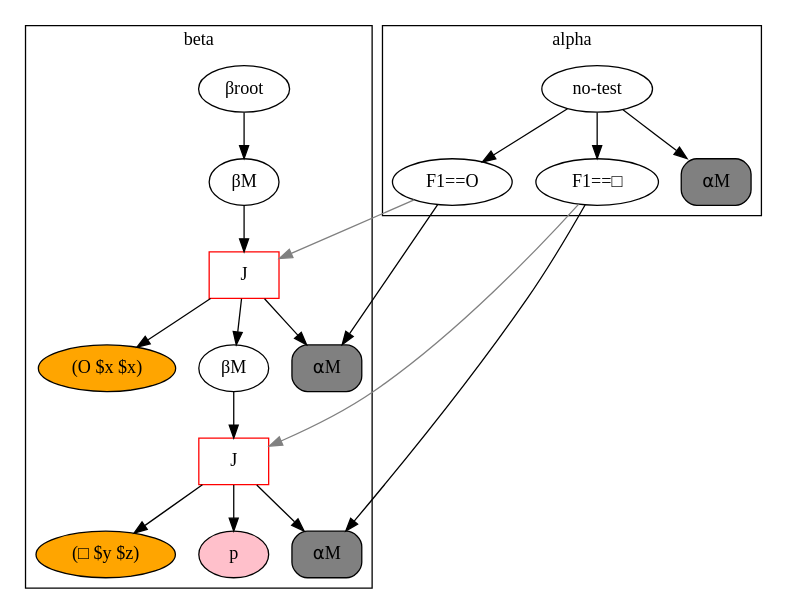
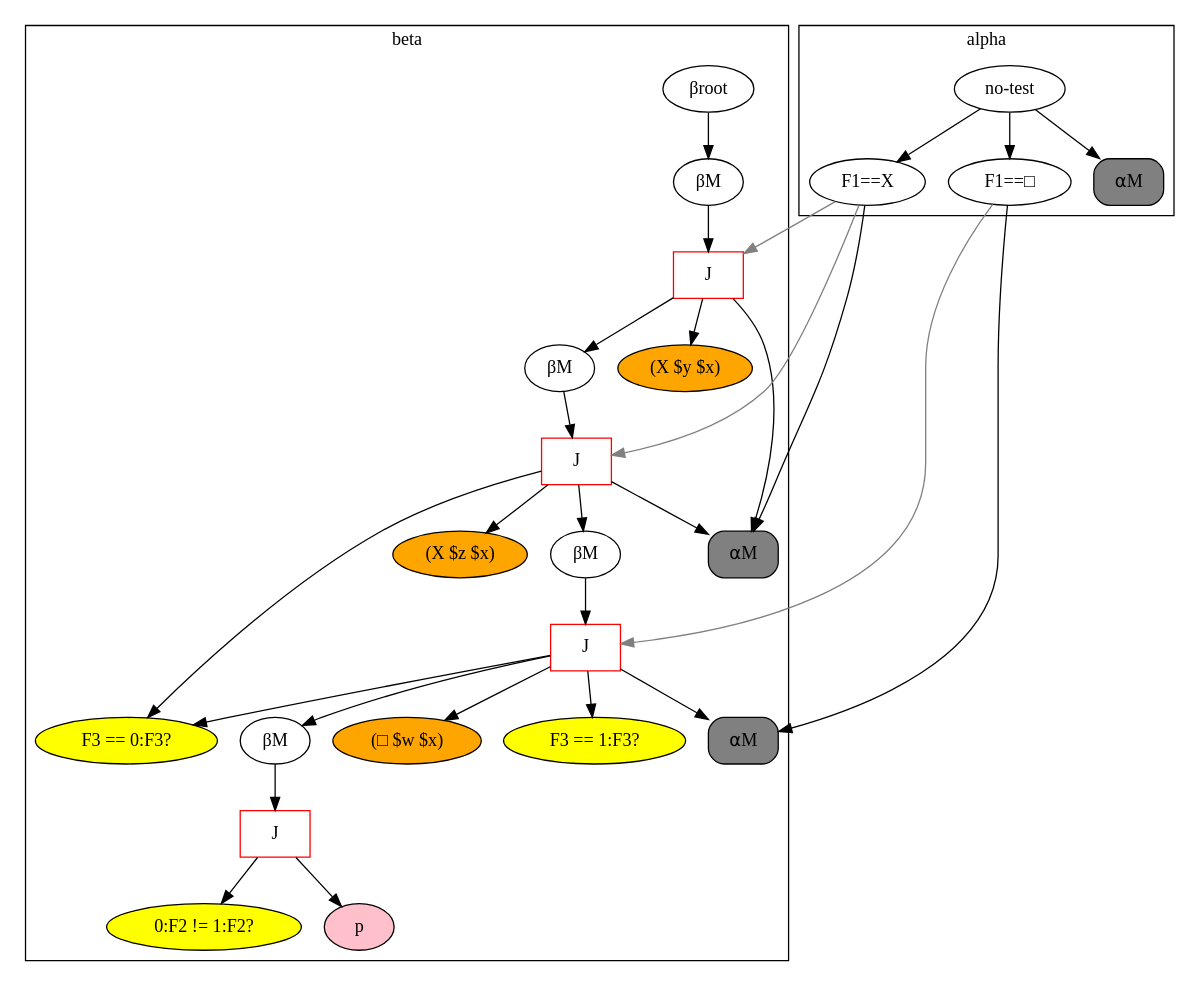
One commit to Cybernetic1/GIRL changed the diagram in rete.dot. Above: the diagram before and after it, drawn with Graphviz. The commit also changed 11 other files, not shown here.

```diff
--- a/rete.dot
+++ b/rete.dot
@@ -1,35 +1,55 @@
 digraph {
 	subgraph cluster_1 {
 	label = beta
-	"BetaNode 140371494471944" [label="βroot"];
-	"BetaNode 140371494471944" -> "BetaMemory 140371494583040";
-	"BetaMemory 140371494583040" [label="βM"];
-	"BetaMemory 140371494583040" -> "JoinNode 140371494583264";
-	"JoinNode 140371494583264" [shape=box,color=red,label="J"];
-	"JoinNode 140371494583264" -> "⍺M:<rete.alpha.AlphaMemory object at 0x7faac9123ba8>"
-	"(O $x $x)" [style=filled,fillcolor=orange];
-	"JoinNode 140371494583264" -> "(O $x $x)"
-	"JoinNode 140371494583264" -> "BetaMemory 140371494583320";
-	"BetaMemory 140371494583320" [label="βM"];
-	"BetaMemory 140371494583320" -> "JoinNode 140371494583488";
-	"JoinNode 140371494583488" [shape=box,color=red,label="J"];
-	"JoinNode 140371494583488" -> "⍺M:<rete.alpha.AlphaMemory object at 0x7faac9123c88>"
-	"(□ $y $z)" [style=filled,fillcolor=orange];
-	"JoinNode 140371494583488" -> "(□ $y $z)"
-	"JoinNode 140371494583488" -> "PNode 140371494582984";
-	"PNode 140371494582984" [style=filled,fillcolor=pink,label="p"];
+	"BetaNode 0x7f88fab41da0" [label="βroot"];
+	"BetaNode 0x7f88fab41da0" -> "BetaMemory 0x7f88fab0dac8";
+	"BetaMemory 0x7f88fab0dac8" [label="βM"];
+	"BetaMemory 0x7f88fab0dac8" -> "JoinNode 0x7f88fab0dba8";
+	"JoinNode 0x7f88fab0dba8" [shape=box,color=red,label="J"];
+	"JoinNode 0x7f88fab0dba8" -> "⍺M:<rete.alpha.AlphaMemory object at 0x7f88fab0db70>"
+	"(X $y $x)" [style=filled,fillcolor=orange];
+	"JoinNode 0x7f88fab0dba8" -> "(X $y $x)"
+	"JoinNode 0x7f88fab0dba8" -> "BetaMemory 0x7f88fab0dbe0";
+	"BetaMemory 0x7f88fab0dbe0" [label="βM"];
+	"BetaMemory 0x7f88fab0dbe0" -> "JoinNode 0x7f88fab0dc18";
+	"JoinNode 0x7f88fab0dc18" [shape=box,color=red,label="J"];
+	"JoinNode 0x7f88fab0dc18" -> "⍺M:<rete.alpha.AlphaMemory object at 0x7f88fab0db70>"
+	"(X $z $x)" [style=filled,fillcolor=orange];
+	"JoinNode 0x7f88fab0dc18" -> "(X $z $x)"
+	"F3 == 0:F3?" [style=filled,fillcolor=yellow];
+	"JoinNode 0x7f88fab0dc18" -> "F3 == 0:F3?"
+	"JoinNode 0x7f88fab0dc18" -> "BetaMemory 0x7f88fab0dc50";
+	"BetaMemory 0x7f88fab0dc50" [label="βM"];
+	"BetaMemory 0x7f88fab0dc50" -> "JoinNode 0x7f88fab0dda0";
+	"JoinNode 0x7f88fab0dda0" [shape=box,color=red,label="J"];
+	"JoinNode 0x7f88fab0dda0" -> "⍺M:<rete.alpha.AlphaMemory object at 0x7f88fab0dcf8>"
+	"(□ $w $x)" [style=filled,fillcolor=orange];
+	"JoinNode 0x7f88fab0dda0" -> "(□ $w $x)"
+	"F3 == 0:F3?" [style=filled,fillcolor=yellow];
+	"JoinNode 0x7f88fab0dda0" -> "F3 == 0:F3?"
+	"F3 == 1:F3?" [style=filled,fillcolor=yellow];
+	"JoinNode 0x7f88fab0dda0" -> "F3 == 1:F3?"
+	"JoinNode 0x7f88fab0dda0" -> "BetaMemory 0x7f88fab0ddd8";
+	"BetaMemory 0x7f88fab0ddd8" [label="βM"];
+	"BetaMemory 0x7f88fab0ddd8" -> "JoinNode 0x7f88fab0de10";
+	"JoinNode 0x7f88fab0de10" [shape=box,color=red,label="J"];
+	"0:F2 != 1:F2?" [style=filled,fillcolor=yellow];
+	"JoinNode 0x7f88fab0de10" -> "0:F2 != 1:F2?"
+	"JoinNode 0x7f88fab0de10" -> "PNode 0x7f88fab0da90";
+	"PNode 0x7f88fab0da90" [style=filled,fillcolor=pink,label="p"];
 	}
 	subgraph cluster_0 {
 	label = alpha
-	"no-test" -> "F1==O";
-	"F1==O" -> "⍺M:<rete.alpha.AlphaMemory object at 0x7faac9123ba8>";
-	"⍺M:<rete.alpha.AlphaMemory object at 0x7faac9123ba8>" [shape=box, style="rounded,filled", label="⍺M", fillcolor=gray];
+	"no-test" -> "F1==X";
+	"F1==X" -> "⍺M:<rete.alpha.AlphaMemory object at 0x7f88fab0db70>";
+	"⍺M:<rete.alpha.AlphaMemory object at 0x7f88fab0db70>" [shape=box, style="rounded,filled", label="⍺M", fillcolor=gray];
 	"no-test" -> "F1==□";
-	"F1==□" -> "⍺M:<rete.alpha.AlphaMemory object at 0x7faac9123c88>";
-	"⍺M:<rete.alpha.AlphaMemory object at 0x7faac9123c88>" [shape=box, style="rounded,filled", label="⍺M", fillcolor=gray];
-	"no-test" -> "⍺M:<rete.alpha.AlphaMemory object at 0x7faac9108630>";
-	"⍺M:<rete.alpha.AlphaMemory object at 0x7faac9108630>" [shape=box, style="rounded,filled", label="⍺M", fillcolor=gray];
+	"F1==□" -> "⍺M:<rete.alpha.AlphaMemory object at 0x7f88fab0dcf8>";
+	"⍺M:<rete.alpha.AlphaMemory object at 0x7f88fab0dcf8>" [shape=box, style="rounded,filled", label="⍺M", fillcolor=gray];
+	"no-test" -> "⍺M:<rete.alpha.AlphaMemory object at 0x7f88fab41a58>";
+	"⍺M:<rete.alpha.AlphaMemory object at 0x7f88fab41a58>" [shape=box, style="rounded,filled", label="⍺M", fillcolor=gray];
 	}
-	"F1==O" -> "JoinNode 140371494583264" [color=gray];
-	"F1==□" -> "JoinNode 140371494583488" [color=gray];
+	"F1==X" -> "JoinNode 0x7f88fab0dba8" [color=gray];
+	"F1==X" -> "JoinNode 0x7f88fab0dc18" [color=gray];
+	"F1==□" -> "JoinNode 0x7f88fab0dda0" [color=gray];
 }
```
